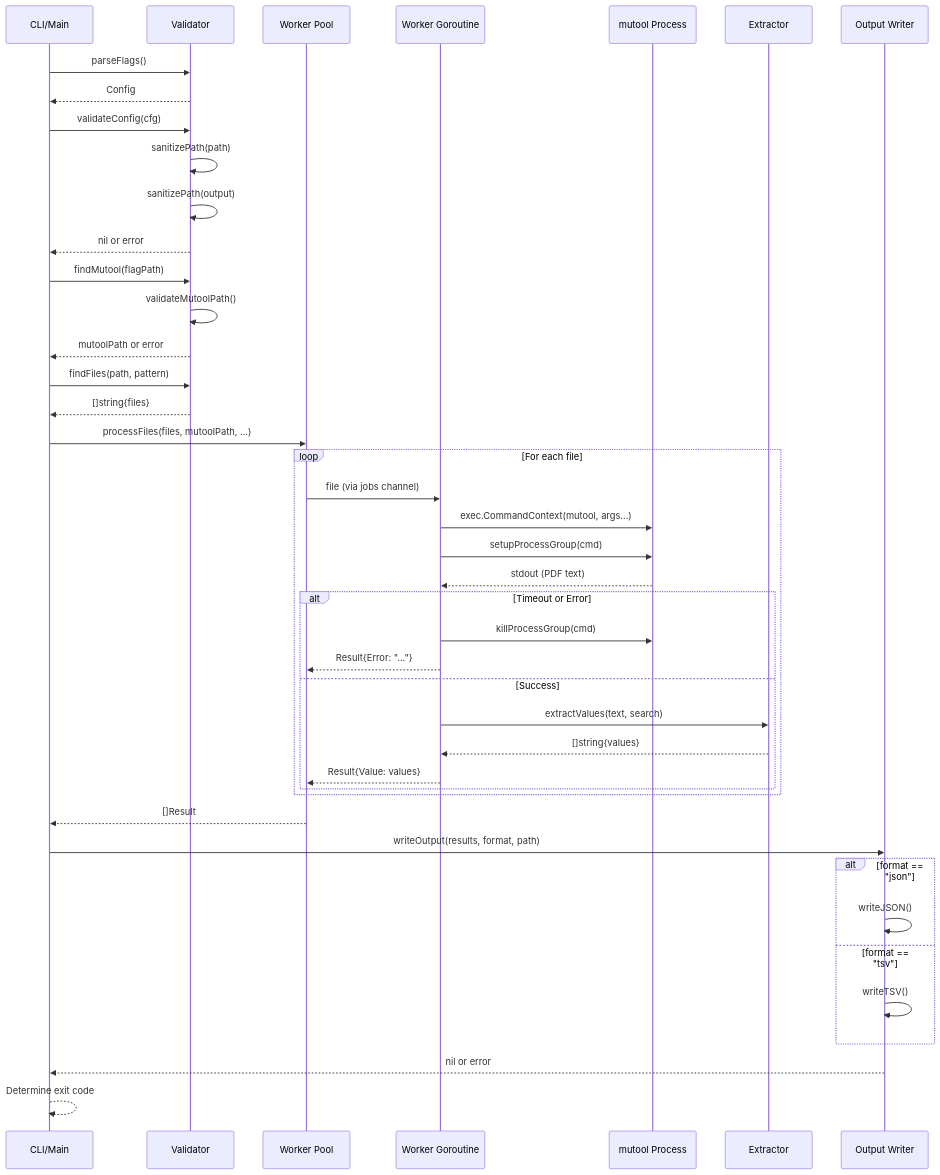
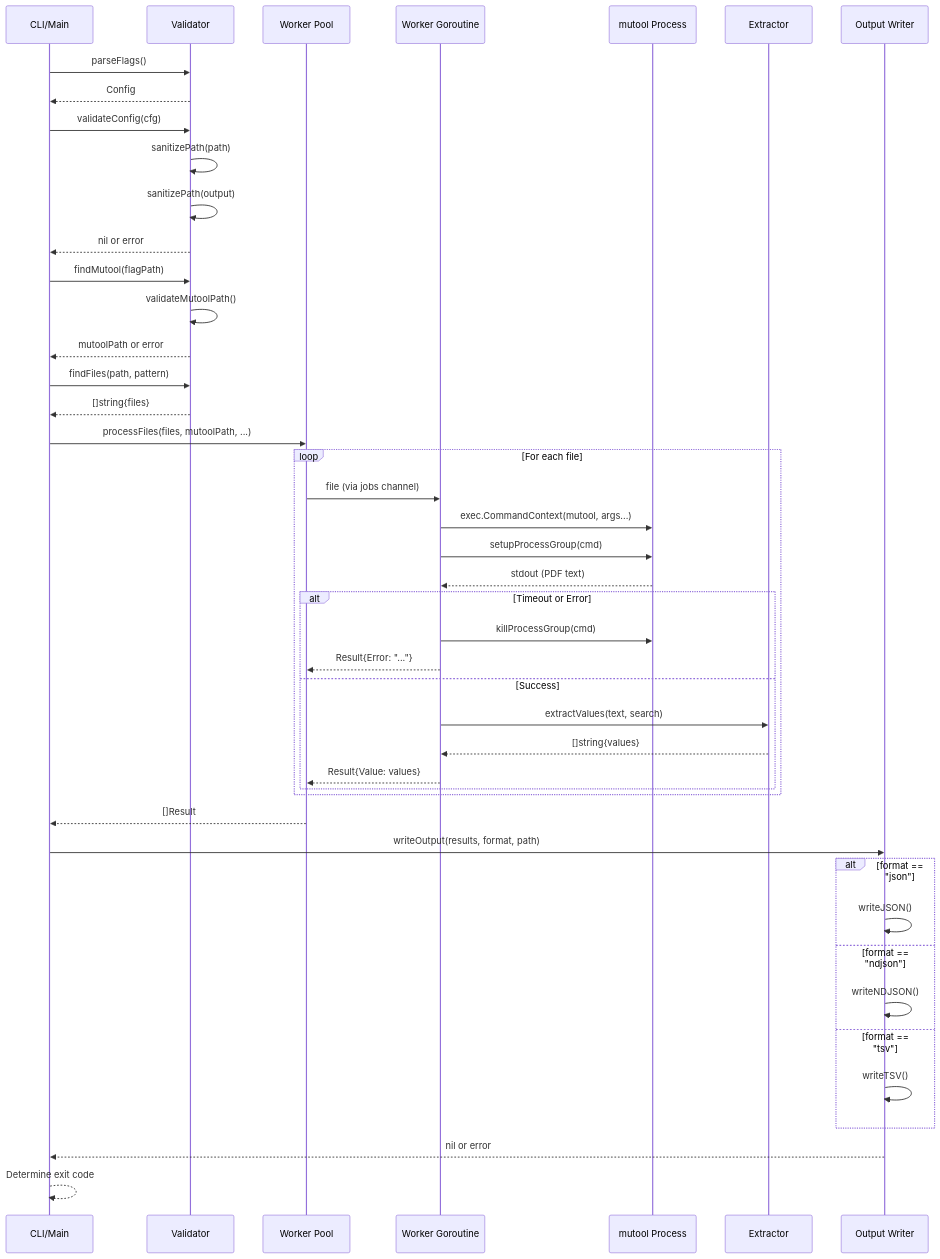
Before and after one commit to edsilegxrepo/pdf-extractor: the fourth of 6 diagrams in ARCHITECTURE.md, drawn with Mermaid. The commit also changed other lines of this file and 5 other files, not shown here.

````diff
--- a/ARCHITECTURE.md
+++ b/ARCHITECTURE.md
@@ -268,55 +263,57 @@
 ```mermaid
 sequenceDiagram
     participant CLI as CLI/Main
     participant Val as Validator
     participant Pool as Worker Pool
     participant Worker as Worker Goroutine
     participant Mutool as mutool Process
     participant Extract as Extractor
     participant Writer as Output Writer
 
     CLI->>Val: parseFlags()
     Val-->>CLI: Config
     CLI->>Val: validateConfig(cfg)
     Val->>Val: sanitizePath(path)
     Val->>Val: sanitizePath(output)
     Val-->>CLI: nil or error
 
     CLI->>Val: findMutool(flagPath)
     Val->>Val: validateMutoolPath()
     Val-->>CLI: mutoolPath or error
 
     CLI->>Val: findFiles(path, pattern)
     Val-->>CLI: []string{files}
 
     CLI->>Pool: processFiles(files, mutoolPath, ...)
     
     loop For each file
         Pool->>Worker: file (via jobs channel)
         Worker->>Mutool: exec.CommandContext(mutool, args...)
         Worker->>Mutool: setupProcessGroup(cmd)
         Mutool-->>Worker: stdout (PDF text)
         
         alt Timeout or Error
             Worker->>Mutool: killProcessGroup(cmd)
             Worker-->>Pool: Result{Error: "..."}
         else Success
             Worker->>Extract: extractValues(text, search)
             Extract-->>Worker: []string{values}
             Worker-->>Pool: Result{Value: values}
         end
     end
 
     Pool-->>CLI: []Result
 
     CLI->>Writer: writeOutput(results, format, path)
     
     alt format == "json"
         Writer->>Writer: writeJSON()
+    else format == "ndjson"
+        Writer->>Writer: writeNDJSON()
     else format == "tsv"
         Writer->>Writer: writeTSV()
     end
     
     Writer-->>CLI: nil or error
     CLI-->>CLI: Determine exit code
 ```
````
